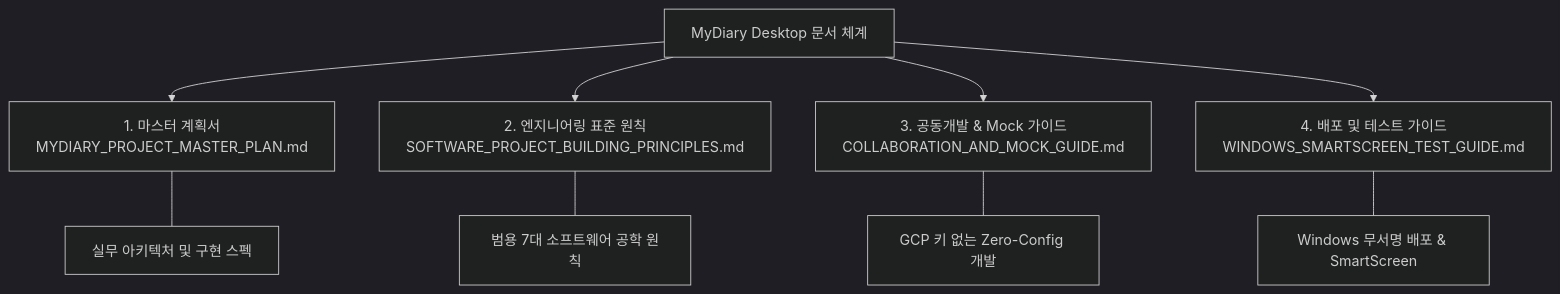
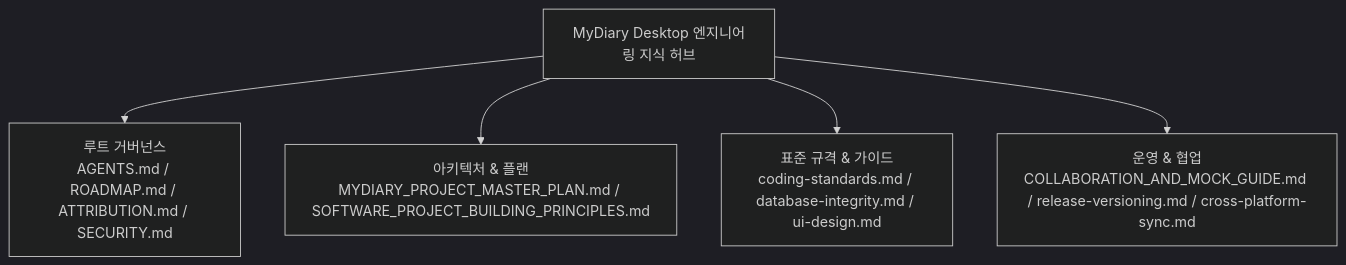
Before and after one commit to sbjwin/mydiary-desktop: the diagram in docs/INDEX.md, drawn with Mermaid (dark theme). The commit also changed other lines of this file and 21 other files, not shown here.

````diff
--- a/docs/INDEX.md
+++ b/docs/INDEX.md
@@ -13,14 +14,9 @@
 ```mermaid
 graph TD
-    Root[MyDiary Desktop 문서 체계]
+    Root["MyDiary Desktop 엔지니어링 지식 허브"]
     
-    Root --> D1["1. 마스터 계획서<br/>MYDIARY_PROJECT_MASTER_PLAN.md"]
-    Root --> D2["2. 엔지니어링 표준 원칙<br/>SOFTWARE_PROJECT_BUILDING_PRINCIPLES.md"]
-    Root --> D3["3. 공동개발 & Mock 가이드<br/>COLLABORATION_AND_MOCK_GUIDE.md"]
-    Root --> D4["4. 배포 및 테스트 가이드<br/>WINDOWS_SMARTSCREEN_TEST_GUIDE.md"]
-
-    D1 --- Scope1["실무 아키텍처 및 구현 스펙"]
-    D2 --- Scope2["범용 7대 소프트웨어 공학 원칙"]
-    D3 --- Scope3["GCP 키 없는 Zero-Config 개발"]
-    D4 --- Scope4["Windows 무서명 배포 & SmartScreen"]
+    Root --> M1["루트 거버넌스<br/>AGENTS.md / ROADMAP.md / ATTRIBUTION.md / SECURITY.md"]
+    Root --> M2["아키텍처 & 플랜<br/>MYDIARY_PROJECT_MASTER_PLAN.md / SOFTWARE_PROJECT_BUILDING_PRINCIPLES.md"]
+    Root --> M3["표준 규격 & 가이드<br/>coding-standards.md / database-integrity.md / ui-design.md"]
+    Root --> M4["운영 & 협업<br/>COLLABORATION_AND_MOCK_GUIDE.md / release-versioning.md / cross-platform-sync.md"]
 ```
````
